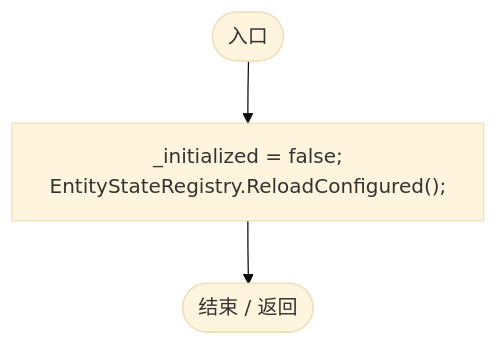
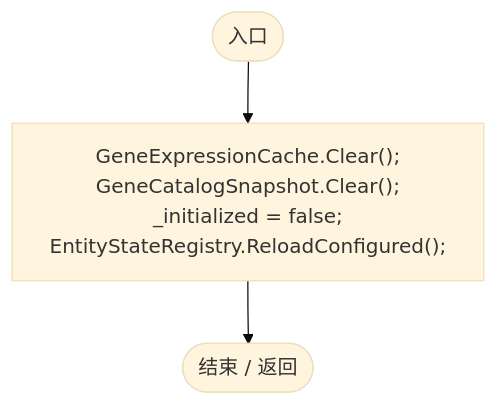
The fourth of 4 diagrams in Docs/运行流程图/脚本/ec0a03483435a863.md (xhs6666/Darwin_paradise), drawn with Mermaid (base theme) before and after one commit. The commit also changed other lines of this file and 233 other files, not shown here.

````diff
--- a/Docs/运行流程图/脚本/ec0a03483435a863.md
+++ b/Docs/运行流程图/脚本/ec0a03483435a863.md
@@ -211,9 +211,9 @@
 ```mermaid
 flowchart TD
   b0(["入口"])
-  b1["_initialized = false;<br/>EntityStateRegistry.ReloadConfigured();"]
+  b1["GeneExpressionCache.Clear();<br/>GeneCatalogSnapshot.Clear();<br/>_initialized = false;<br/>EntityStateRegistry.ReloadConfigured();"]
   b2(["结束 / 返回"])
   b0 --> b1
   b1 --> b2
 
 ```
````
